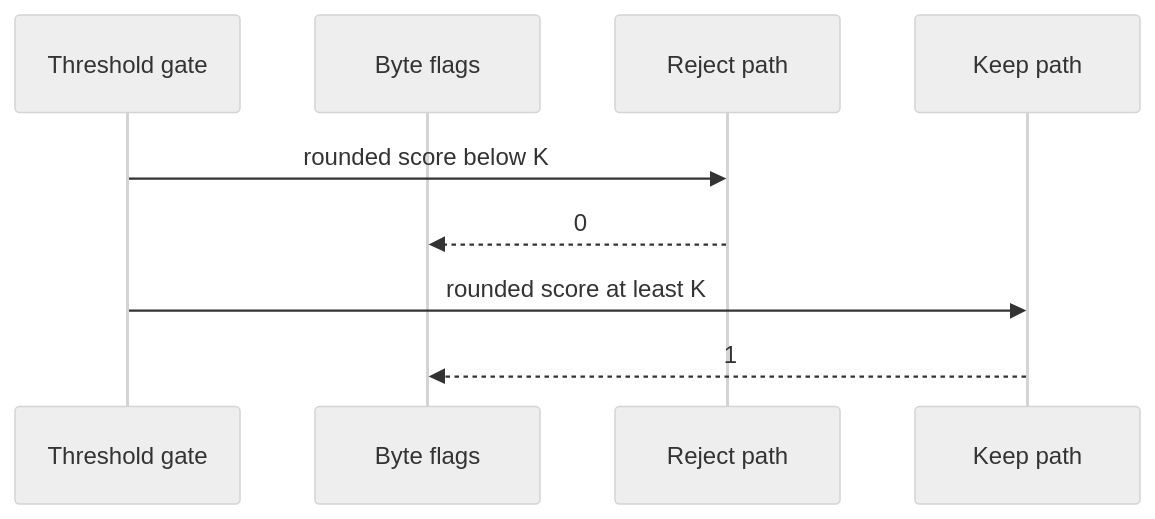
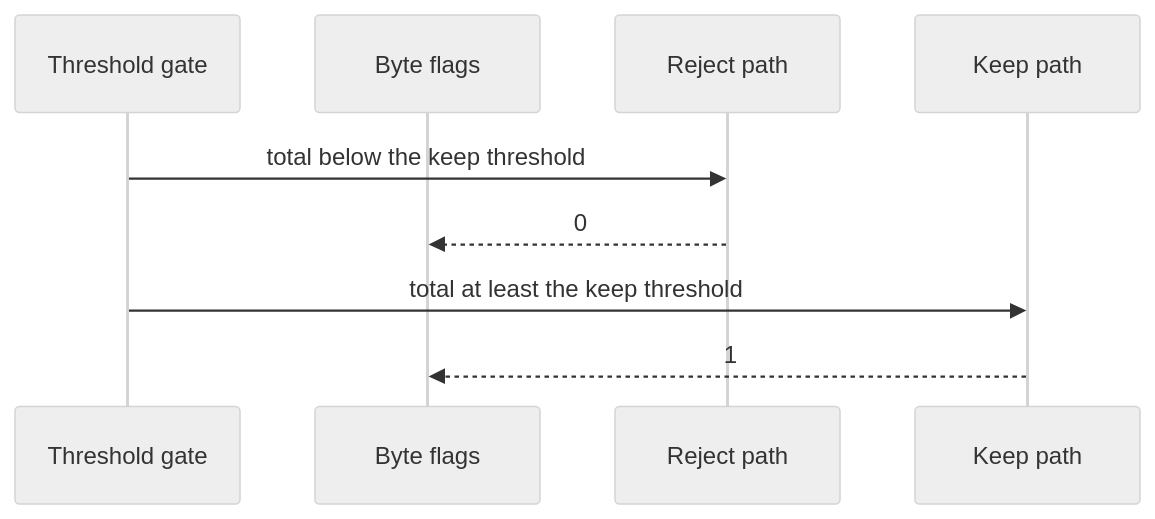
One commit to hillerlab/hspZ changed the third of 5 diagrams in docs/src/journeys/score-gate.md. Above: the diagram before and after it, drawn with Mermaid (neutral theme). The commit also changed other lines of this file and 11 other files, not shown here.

````diff
--- a/docs/src/journeys/score-gate.md
+++ b/docs/src/journeys/score-gate.md
@@ -56,11 +59,11 @@
 ```mermaid
 sequenceDiagram
     participant G as Threshold gate
     participant F as Byte flags
     participant R as Reject path
     participant K as Keep path
-    G->>R: rounded score below K
+    G->>R: total below the keep threshold
     R-->>F: 0
-    G->>K: rounded score at least K
+    G->>K: total at least the keep threshold
     K-->>F: 1
 ```
````
